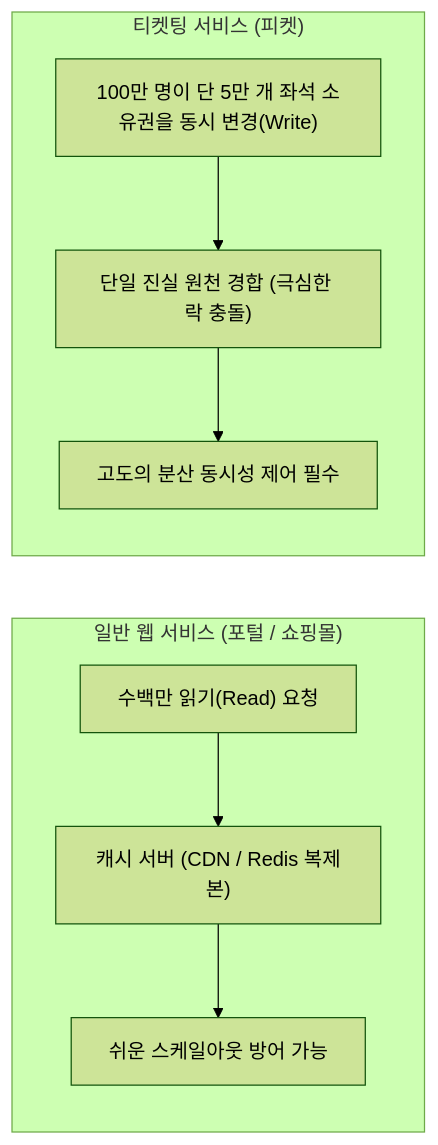
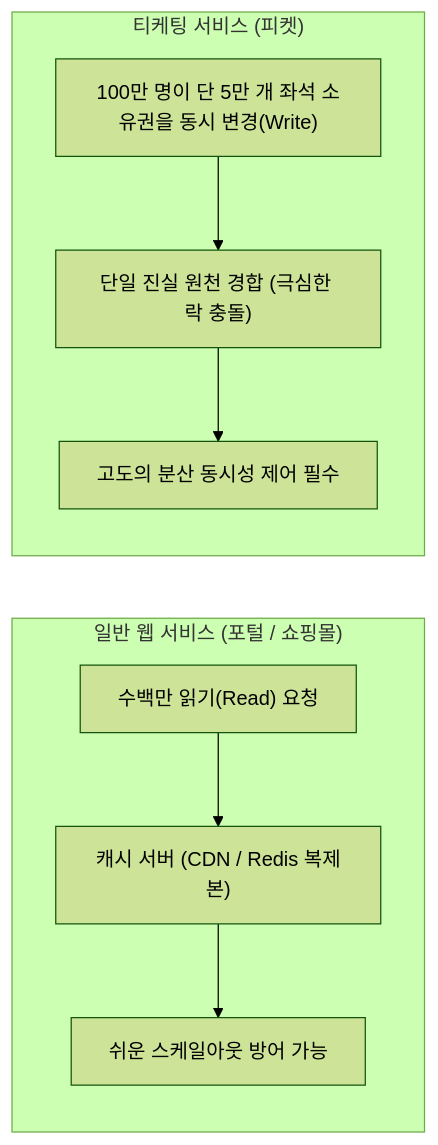
Before and after one commit to peaket/peaket: the first of 3 diagrams in guide/01-big-picture.md, drawn with Mermaid (forest theme). The commit also changed other lines of this file and 51 other files, not shown here.

````diff
--- a/guide/01-big-picture.md
+++ b/guide/01-big-picture.md
@@ -31,12 +31,12 @@
 ```mermaid
 flowchart LR
     subgraph ReadHeavy ["일반 웹 서비스 (포털 / 쇼핑몰)"]
         R1["수백만 읽기(Read) 요청"] --> R2["캐시 서버 (CDN / Redis 복제본)"]
         R2 --> R3["쉬운 스케일아웃 방어 가능"]
     end
 
-    subgraph WriteHeavy ["티켓팅 서비스 (피켓)"]
+    subgraph WriteHeavy ["티케팅 서비스 (피켓)"]
         W1["100만 명이 단 5만 개 좌석 소유권을 동시 변경(Write)"] --> W2["단일 진실 원천 경합 (극심한 락 충돌)"]
         W2 --> W3["고도의 분산 동시성 제어 필수"]
     end
 ```
````
